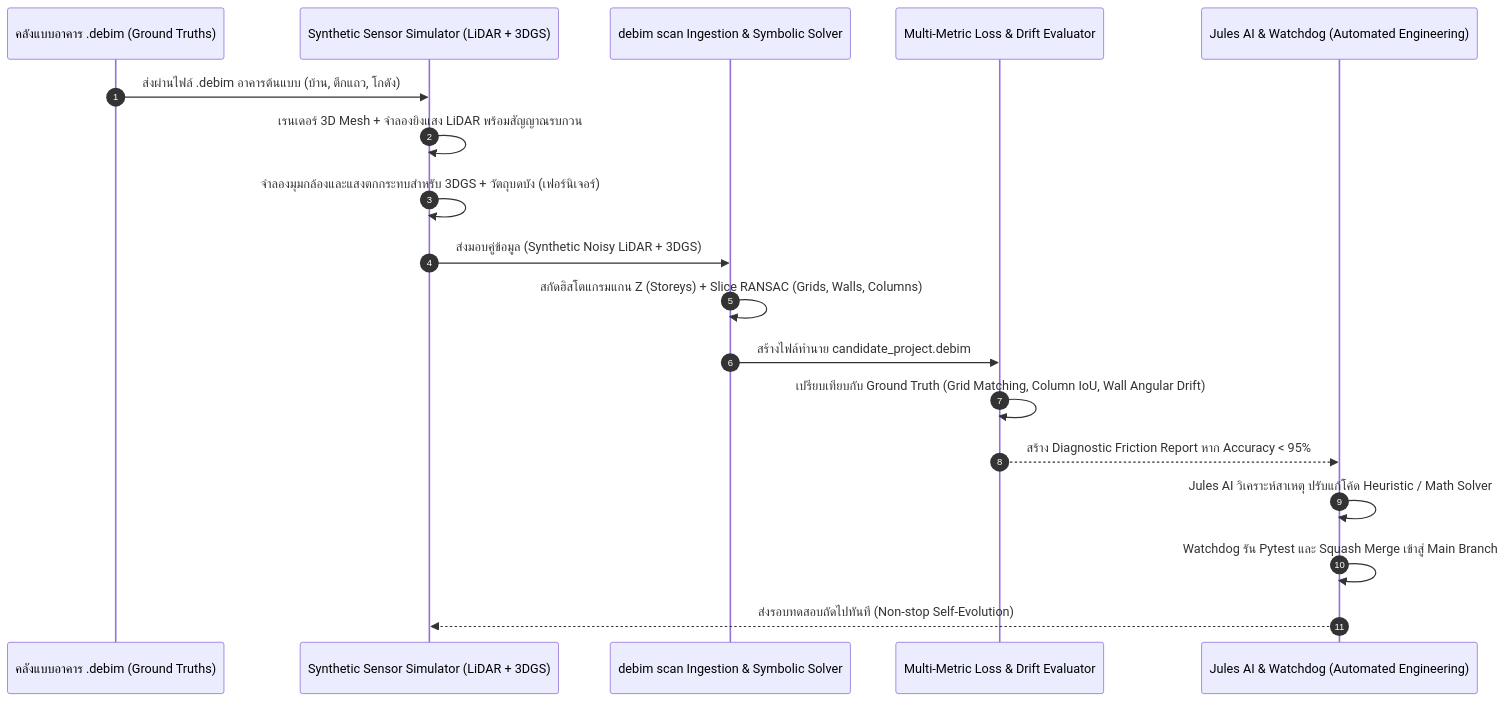
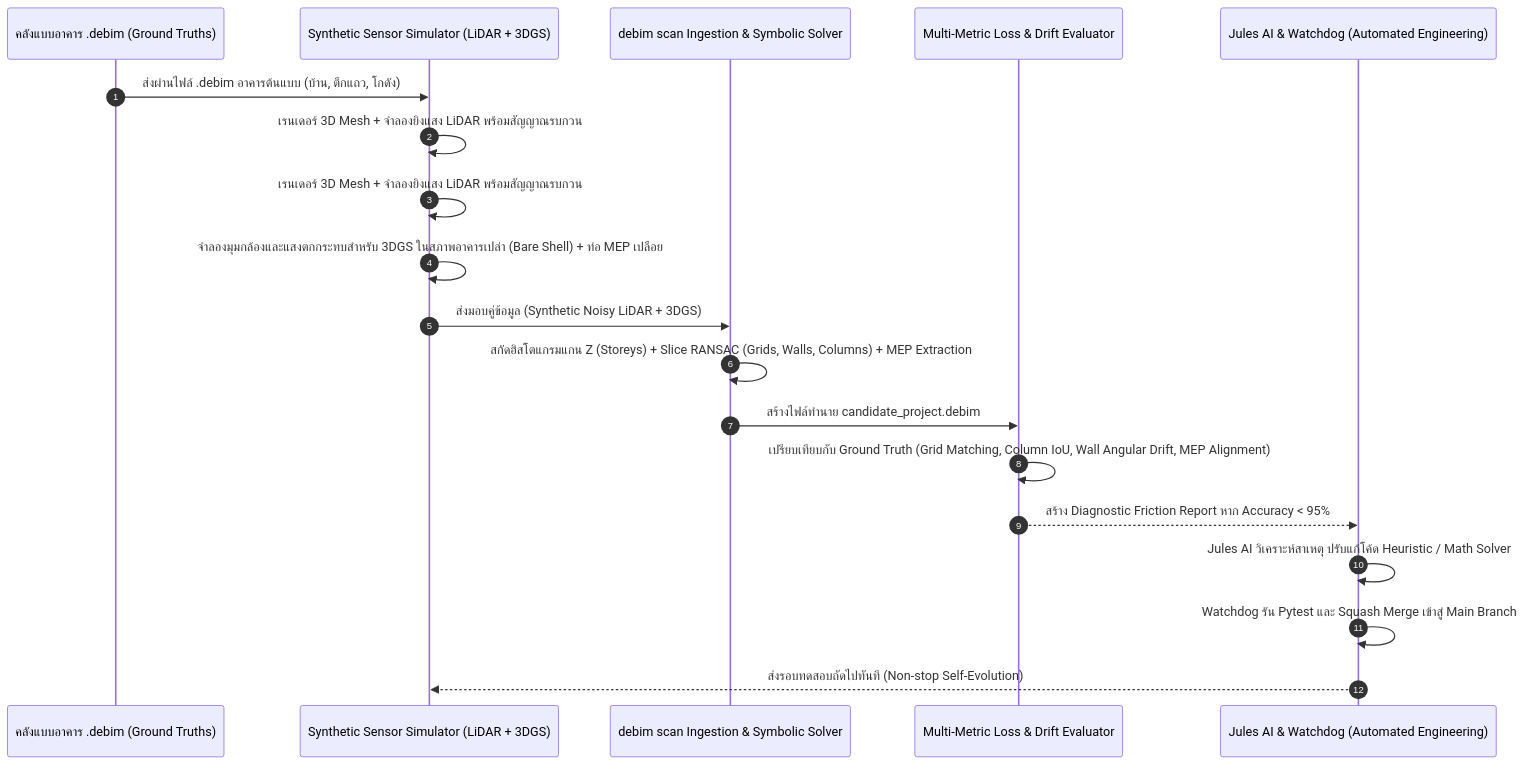
The second of 2 diagrams in docs/SCAN_TO_DEBIM_V2.0.0_SPEC.md (PRIDA-TAKON/debim), drawn with Mermaid before and after one commit. The commit also changed other lines of this file, not shown here.

Commit message:
docs: update scan-to-debim v2 spec with bare-building shell and exposed MEP reality

````diff
--- a/docs/SCAN_TO_DEBIM_V2.0.0_SPEC.md
+++ b/docs/SCAN_TO_DEBIM_V2.0.0_SPEC.md
@@ -100,21 +100,22 @@
 ```mermaid
 sequenceDiagram
     autonumber
     participant Bank as คลังแบบอาคาร .debim (Ground Truths)
     participant Sim as Synthetic Sensor Simulator (LiDAR + 3DGS)
     participant Ingest as debim scan Ingestion & Symbolic Solver
     participant Eval as Multi-Metric Loss & Drift Evaluator
     participant DevAI as Jules AI & Watchdog (Automated Engineering)
 
     Bank->>Sim: ส่งผ่านไฟล์ .debim อาคารต้นแบบ (บ้าน, ตึกแถว, โกดัง)
     Sim->>Sim: เรนเดอร์ 3D Mesh + จำลองยิงแสง LiDAR พร้อมสัญญาณรบกวน
-    Sim->>Sim: จำลองมุมกล้องและแสงตกกระทบสำหรับ 3DGS + วัตถุบดบัง (เฟอร์นิเจอร์)
+    Sim->>Sim: เรนเดอร์ 3D Mesh + จำลองยิงแสง LiDAR พร้อมสัญญาณรบกวน
+    Sim->>Sim: จำลองมุมกล้องและแสงตกกระทบสำหรับ 3DGS ในสภาพอาคารเปล่า (Bare Shell) + ท่อ MEP เปลือย
     Sim->>Ingest: ส่งมอบคู่ข้อมูล (Synthetic Noisy LiDAR + 3DGS)
-    Ingest->>Ingest: สกัดฮิสโตแกรมแกน Z (Storeys) + Slice RANSAC (Grids, Walls, Columns)
+    Ingest->>Ingest: สกัดฮิสโตแกรมแกน Z (Storeys) + Slice RANSAC (Grids, Walls, Columns) + MEP Extraction
     Ingest->>Eval: สร้างไฟล์ทำนาย candidate_project.debim
-    Eval->>Eval: เปรียบเทียบกับ Ground Truth (Grid Matching, Column IoU, Wall Angular Drift)
+    Eval->>Eval: เปรียบเทียบกับ Ground Truth (Grid Matching, Column IoU, Wall Angular Drift, MEP Alignment)
     Eval-->>DevAI: สร้าง Diagnostic Friction Report หาก Accuracy < 95%
     DevAI->>DevAI: Jules AI วิเคราะห์สาเหตุ ปรับแก้โค้ด Heuristic / Math Solver
     DevAI->>DevAI: Watchdog รัน Pytest และ Squash Merge เข้าสู่ Main Branch
     DevAI-->>Sim: ส่งรอบทดสอบถัดไปทันที (Non-stop Self-Evolution)
 ```
````
